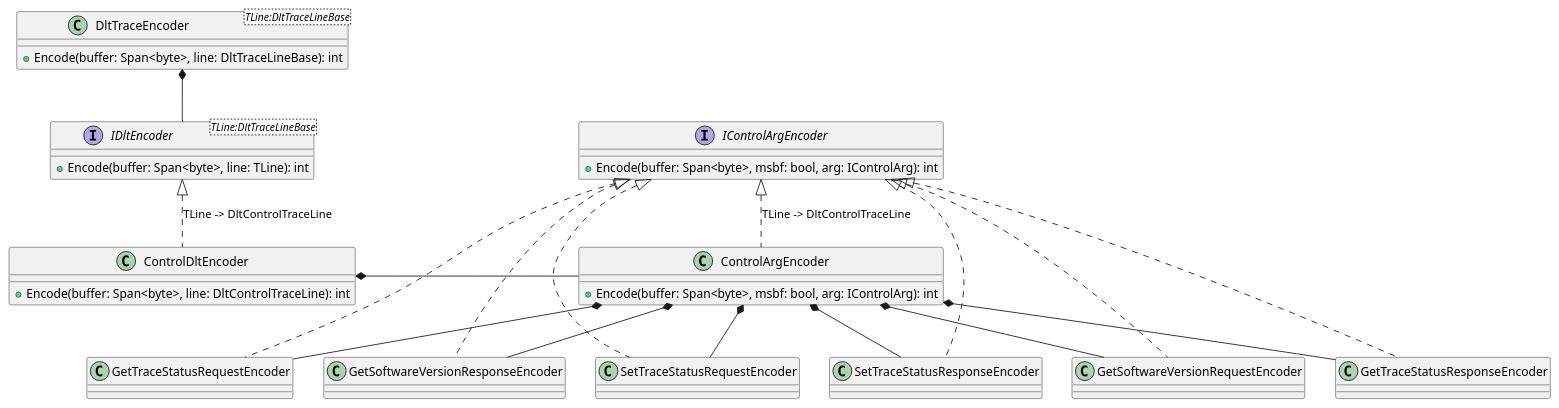
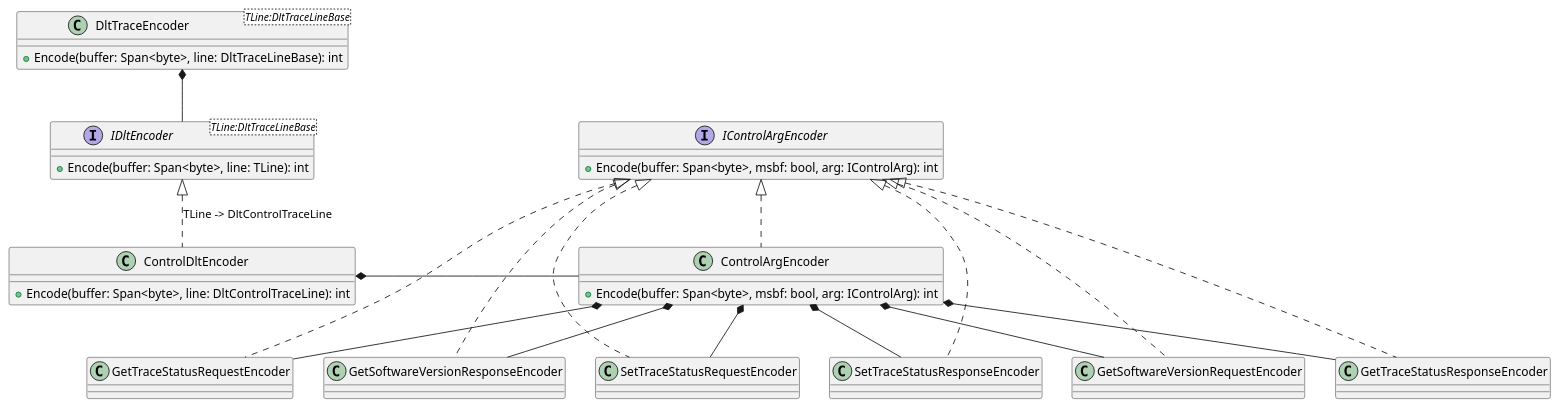
One commit to jcurl/RJCP.DLL.Log changed the diagram in TraceReader.Dlt/docs/diagrams/DLT.WriterControl.plantuml. Above: the diagram before and after it, drawn with PlantUML. The commit also changed 50 other files, not shown here.

First line of the commit message:
DLT Writer: Implement Encoders for supported control messages

```diff
--- a/TraceReader.Dlt/docs/diagrams/DLT.WriterControl.plantuml
+++ b/TraceReader.Dlt/docs/diagrams/DLT.WriterControl.plantuml
@@ -1,82 +1,82 @@
 @startuml DLT.WriterControl
 
 class DltTraceEncoder<TLine:DltTraceLineBase> {
     +Encode(buffer: Span<byte>, line: DltTraceLineBase): int
 }
 
 interface IDltEncoder<TLine:DltTraceLineBase> {
    +Encode(buffer: Span<byte>, line: TLine): int
 }
 DltTraceEncoder *-d- IDltEncoder
 
 class ControlDltEncoder {
    +Encode(buffer: Span<byte>, line: DltControlTraceLine): int
 }
 IDltEncoder <|.d. ControlDltEncoder : TLine -> DltControlTraceLine
 
 interface IControlArgEncoder {
     +Encode(buffer: Span<byte>, msbf: bool, arg: IControlArg): int
 }
 
 class ControlArgEncoder {
     +Encode(buffer: Span<byte>, msbf: bool, arg: IControlArg): int
 }
-IControlArgEncoder <|.d. ControlArgEncoder : TLine -> DltControlTraceLine
+IControlArgEncoder <|.d. ControlArgEncoder
 ControlDltEncoder *-r- ControlArgEncoder
 
 class GetSoftwareVersionRequestEncoder
 class GetSoftwareVersionResponseEncoder
 class SetTraceStatusRequestEncoder
 class SetTraceStatusResponseEncoder
 class GetTraceStatusRequestEncoder
 class GetTraceStatusResponseEncoder
 
 IControlArgEncoder <|..d. GetSoftwareVersionRequestEncoder
 IControlArgEncoder <|..d. GetSoftwareVersionResponseEncoder
 IControlArgEncoder <|..d. SetTraceStatusRequestEncoder
 IControlArgEncoder <|..d. SetTraceStatusResponseEncoder
 IControlArgEncoder <|..d. GetTraceStatusRequestEncoder
 IControlArgEncoder <|..d. GetTraceStatusResponseEncoder
 
 ControlArgEncoder *-d- GetSoftwareVersionRequestEncoder
 ControlArgEncoder *-d- GetSoftwareVersionResponseEncoder
 ControlArgEncoder *-d- SetTraceStatusRequestEncoder
 ControlArgEncoder *-d- SetTraceStatusResponseEncoder
 ControlArgEncoder *-d- GetTraceStatusRequestEncoder
 ControlArgEncoder *-d- GetTraceStatusResponseEncoder
 
 ' class DltTraceWriterFactory<TLine:DltTraceLineBase> {
 '     +CreateAsync(stream: Stream): Task<ITraceWriter<DltTraceLineBase>>
 '     +CreateAsync(fileName: string): Task<ITraceWriter<DltTraceLineBase>>
 ' }
 
 ' class DltTraceEncoder<TLine:DltTraceLineBase> {
 '     +Encode(buffer: Span<byte>, line: DltTraceLineBase): int
 ' }
 
 ' class DltFileTraceWriterFactory
 ' note bottom
 '     Gives DltTraceWriterFactory the
 '     DltFileTraceEncoderFactory. This
 '     is just a very thin class.
 ' end note
 ' DltTraceWriterFactory <|-d- DltFileTraceWriterFactory
 
 ' class DltFileTraceEncoderFactory
 ' note bottom
 '     Just knows only how to create
 '     the DltFileTraceEncoder
 ' end note
 ' DltFileTraceWriterFactory -r-> DltFileTraceEncoderFactory : <<creates>
 ' DltTraceWriterFactory o-d- DltFileTraceEncoderFactory
 
 ' class DltFileTraceEncoder
 ' note bottom
 '     Knows how to encode the storage
 '     header, and leaves the rest of
 '     the encoding to DltTraceEncoder
 ' end note
 
 ' DltFileTraceEncoderFactory -r-> DltFileTraceEncoder : <<creates>>
 ' DltTraceEncoder <|-d- DltFileTraceEncoder
 @enduml
```
